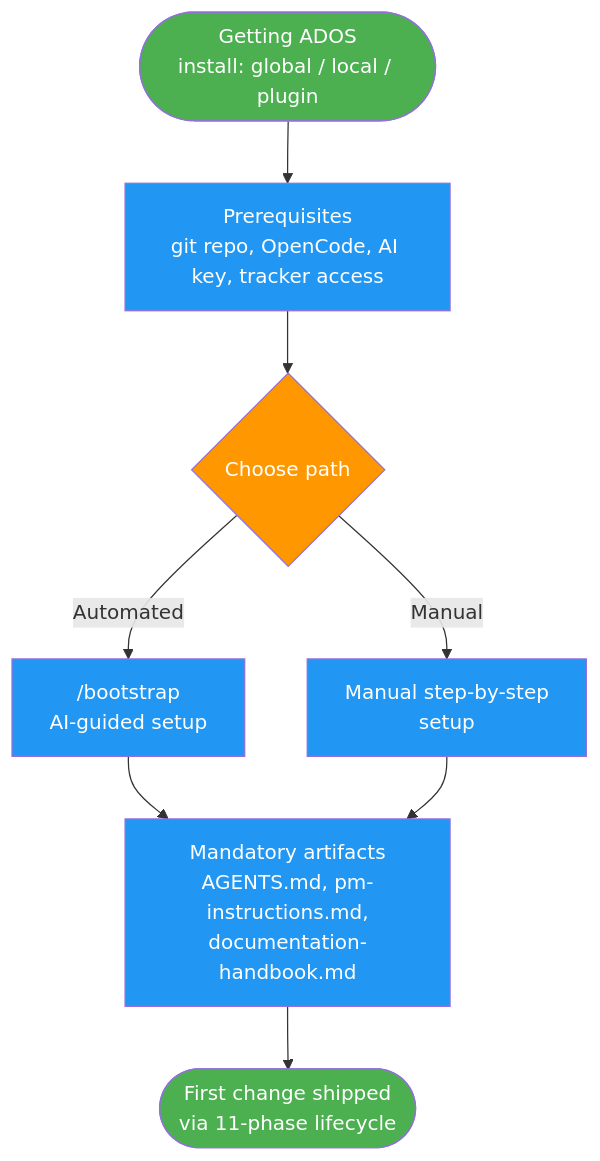
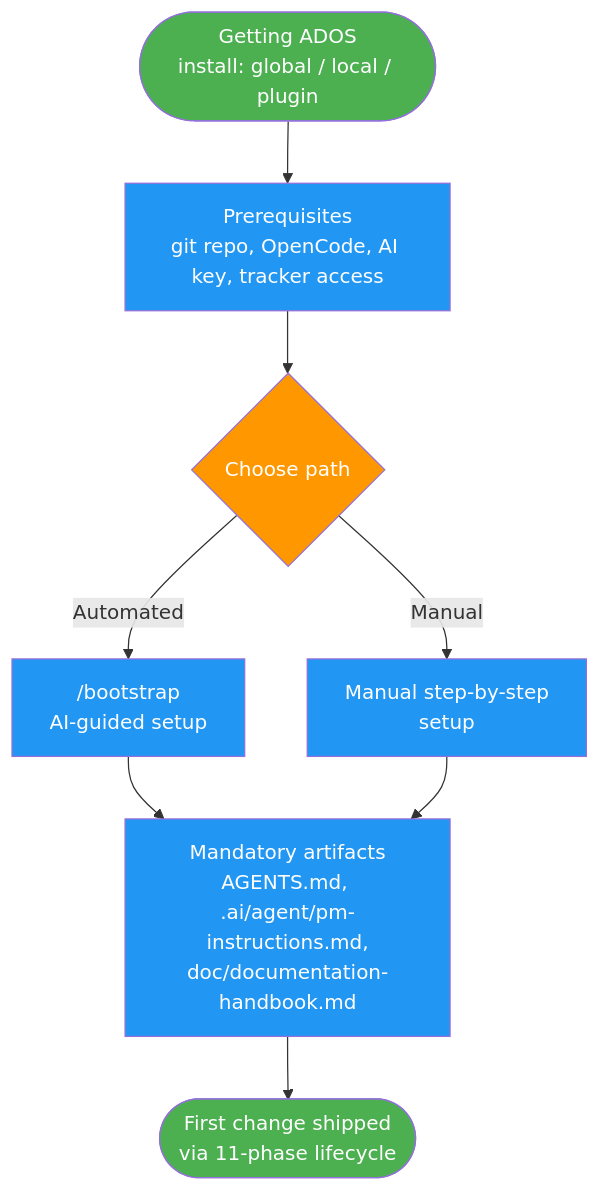
One commit to juliusz-cwiakalski/agentic-delivery-os changed the diagram in doc/guides/onboarding-existing-project.md. Above: the diagram before and after it, drawn with Mermaid. The commit also changed 2 other files, not shown here.

Commit message:
docs(gh-85): address GitHub Copilot PR-review feedback (4 valid, 1 false positive)
PR #87 Copilot review — applied 4 valid comments: (1) onboarding diagram 'Mandatory artifacts' node now uses canonical paths (.ai/agent/pm-instructions.md, doc/documentation-handbook.md); (2)(3) removed stale test-plan commentary claiming the plan still uses a flat AC scheme (it was reconciled); (4) closed OQ-5 (spec AC-NFR4-1 now enumerates README.md). Copilot's 5th comment (header URL 'www.x.com') was a false positive — the header already uses https://x.com/cwiakalski.

````diff
--- a/doc/guides/onboarding-existing-project.md
+++ b/doc/guides/onboarding-existing-project.md
@@ -17,18 +17,18 @@
 ```mermaid
 flowchart TD
     G(["Getting ADOS<br/>install: global / local / plugin"]) --> P
     P["Prerequisites<br/>git repo, OpenCode, AI key, tracker access"] --> CH
     CH{"Choose path"} -->|Automated| AB["/bootstrap<br/>AI-guided setup"]
     CH -->|Manual| MS["Manual step-by-step<br/>setup"]
     AB --> M
     MS --> M
-    M["Mandatory artifacts<br/>AGENTS.md, pm-instructions.md,<br/>documentation-handbook.md"]
+    M["Mandatory artifacts<br/>AGENTS.md, .ai/agent/pm-instructions.md,<br/>doc/documentation-handbook.md"]
     M --> FC(["First change shipped<br/>via 11-phase lifecycle"])
     style G fill:#4CAF50,color:#fff
     style CH fill:#FF9800,color:#fff
     style P fill:#2196F3,color:#fff
     style AB fill:#2196F3,color:#fff
     style MS fill:#2196F3,color:#fff
     style M fill:#2196F3,color:#fff
     style FC fill:#4CAF50,color:#fff
 ```
````
